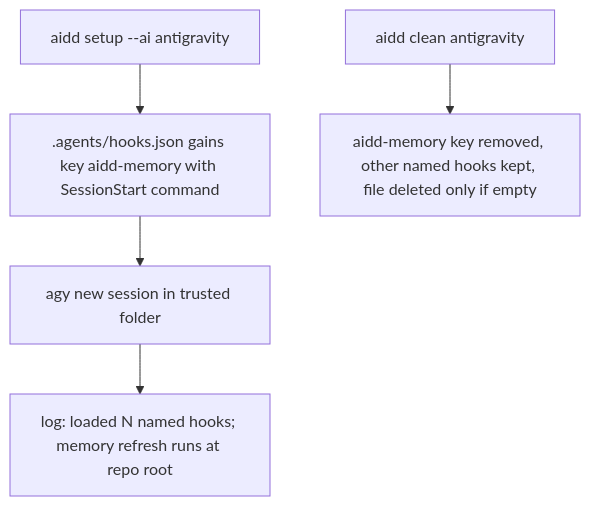
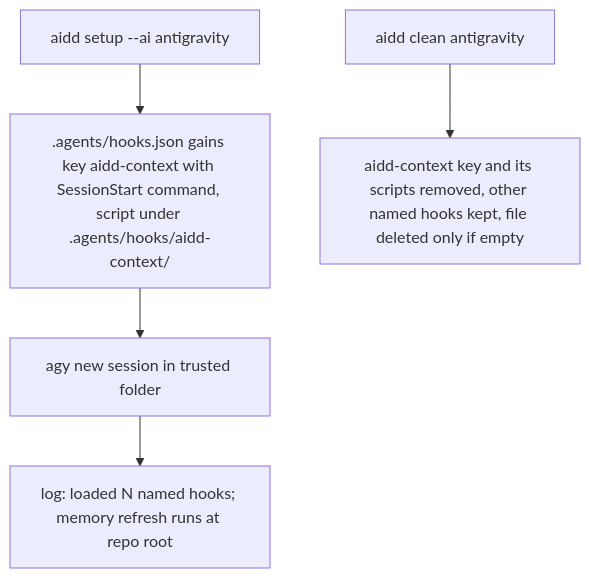
The first of 2 diagrams in aidd_docs/tasks/2026_10/2026_10_02_antigravity-flat-host/phase-3.md (ai-driven-dev/framework), drawn with Mermaid before and after one commit. The commit also changed other lines of this file and 37 other files, not shown here.

First line of the commit message:
feat(cli): merge plugin hooks into antigravity's .agents/hooks.json

````diff
--- a/aidd_docs/tasks/2026_10/2026_10_02_antigravity-flat-host/phase-3.md
+++ b/aidd_docs/tasks/2026_10/2026_10_02_antigravity-flat-host/phase-3.md
@@ -27,7 +40,7 @@
 ```mermaid
 flowchart TD
-  A[aidd setup --ai antigravity] --> B[.agents/hooks.json gains key aidd-memory with SessionStart command]
+  A[aidd setup --ai antigravity] --> B[.agents/hooks.json gains key aidd-context with SessionStart command, script under .agents/hooks/aidd-context/]
   B --> C[agy new session in trusted folder]
   C --> D[log: loaded N named hooks; memory refresh runs at repo root]
-  E[aidd clean antigravity] --> F[aidd-memory key removed, other named hooks kept, file deleted only if empty]
+  E[aidd clean antigravity] --> F[aidd-context key and its scripts removed, other named hooks kept, file deleted only if empty]
 ```
````
